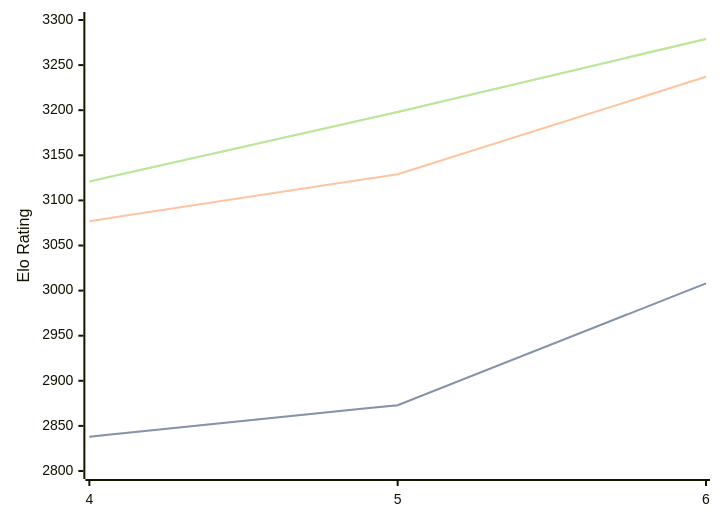
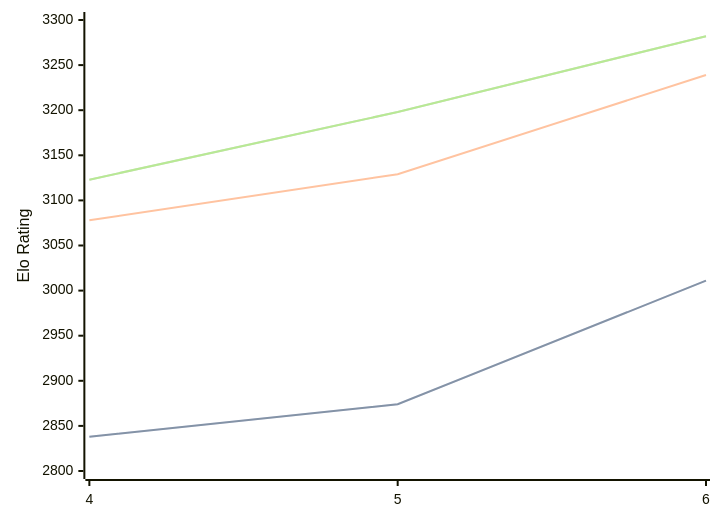
Before and after one commit to computer-chess-index/cci: the diagram in engines/Cwtch.md, drawn with Mermaid. The commit also changed other lines of this file, not shown here.

Commit message:
Update CCI Ratings (ELO VLTC) - 2026-07-26

````diff
--- a/engines/Cwtch.md
+++ b/engines/Cwtch.md
@@ -36,11 +36,11 @@
 ```mermaid
 %%{init: {"theme":"base","themeVariables":{"seriesColors:['#a3a3a3','#222221','#faa371']}}}%%
 xychart-beta
   x-axis ["4", "5", "6"]
   y-axis "Elo Rating" 2800 --> 3300
-  line "STC (8.0+0.08s)" [2838, 2873, 3008]
-  line "STC (8.0+0.08s)" [2838, 2873, 3008]
-  line "LTC (60.0+0.60s)" [3077, 3129, 3237]
-  line "VLTC (2m24s+1.12s)" [3121, 3198, 3279]
-  line "VLTC (2m24s+1.12s)" [3121, 3198, 3279]
+  line "STC (8.0+0.08s)" [2838, 2874, 3011]
+  line "STC (8.0+0.08s)" [2838, 2874, 3011]
+  line "LTC (60.0+0.60s)" [3078, 3129, 3239]
+  line "VLTC (2m24s+1.12s)" [3123, 3198, 3282]
+  line "VLTC (2m24s+1.12s)" [3123, 3198, 3282]
 ```
````
